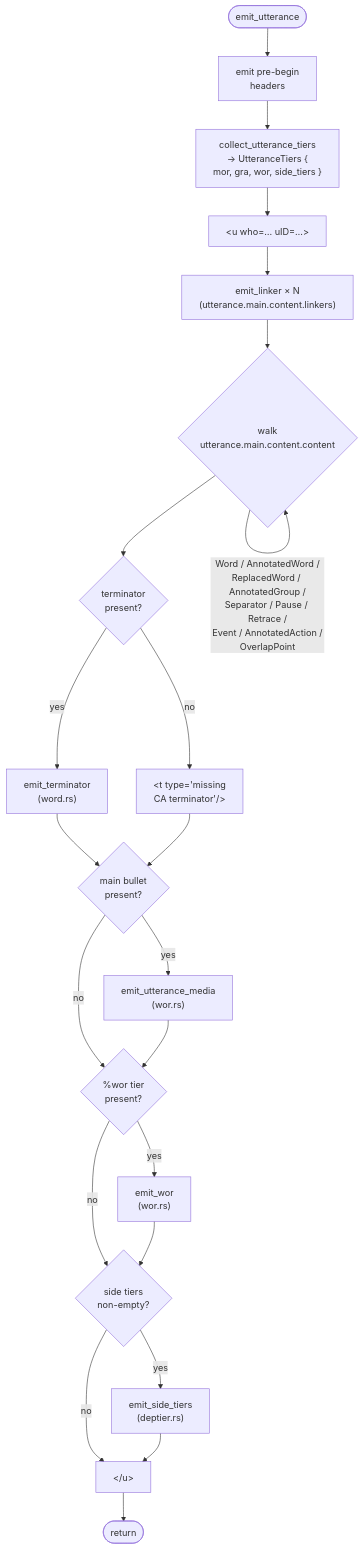
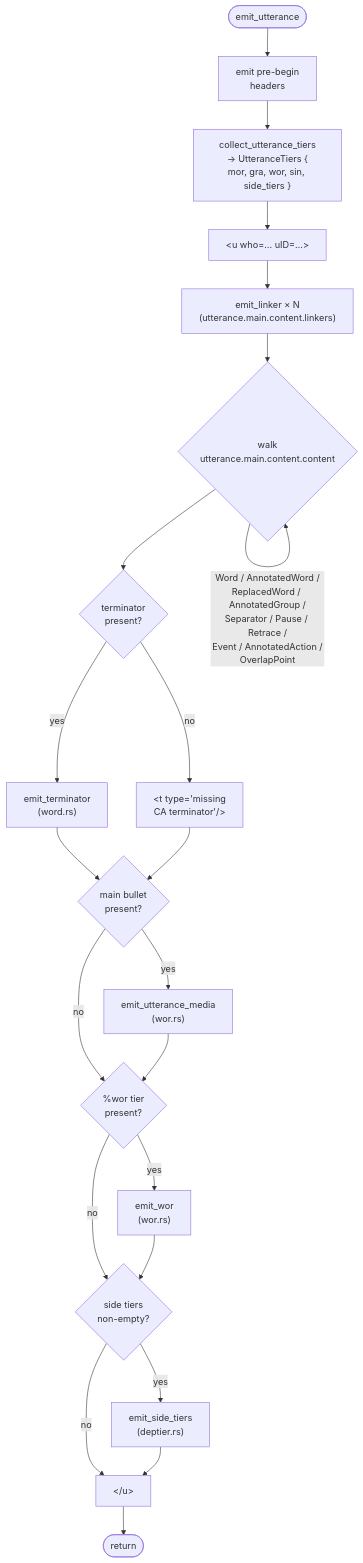
One commit to TalkBank/talkbank-tools changed the third of 4 diagrams in book/src/architecture/xml-emitter.md. Above: the diagram before and after it, drawn with Mermaid. The commit also changed other lines of this file and 176 other files, not shown here.

````diff
--- a/book/src/architecture/xml-emitter.md
+++ b/book/src/architecture/xml-emitter.md
@@ -127,38 +130,38 @@
 ```mermaid
 flowchart TD
     start([emit_utterance])
     preHdr[emit pre-begin<br/>headers]
-    collect["collect_utterance_tiers<br/>→ UtteranceTiers {<br/>mor, gra, wor, side_tiers }"]
+    collect["collect_utterance_tiers<br/>→ UtteranceTiers {<br/>mor, gra, wor, sin, side_tiers }"]
     openU["&lt;u who=… uID=…&gt;"]
     linkers["emit_linker × N<br/>(utterance.main.content.linkers)"]
     walk{"walk<br/>utterance.main.content.content"}
     term{"terminator<br/>present?"}
     emitTerm["emit_terminator<br/>(word.rs)"]
     missing["&lt;t type='missing<br/>CA terminator'/&gt;"]
     media{"main bullet<br/>present?"}
     emitMedia["emit_utterance_media<br/>(wor.rs)"]
     wor{"%wor tier<br/>present?"}
     emitWor["emit_wor<br/>(wor.rs)"]
     side{"side tiers<br/>non-empty?"}
     emitSide["emit_side_tiers<br/>(deptier.rs)"]
     closeU["&lt;/u&gt;"]
     done([return])
 
     start --> preHdr --> collect --> openU --> linkers --> walk
     walk -->|"Word / AnnotatedWord /<br/>ReplacedWord / AnnotatedGroup /<br/>Separator / Pause / Retrace /<br/>Event / AnnotatedAction /<br/>OverlapPoint"| walk
     walk --> term
     term -->|yes| emitTerm
     term -->|no| missing
     emitTerm --> media
     missing --> media
     media -->|yes| emitMedia
     media -->|no| wor
     emitMedia --> wor
     wor -->|yes| emitWor
     wor -->|no| side
     emitWor --> side
     side -->|yes| emitSide
     side -->|no| closeU
     emitSide --> closeU
     closeU --> done
 ```
````
